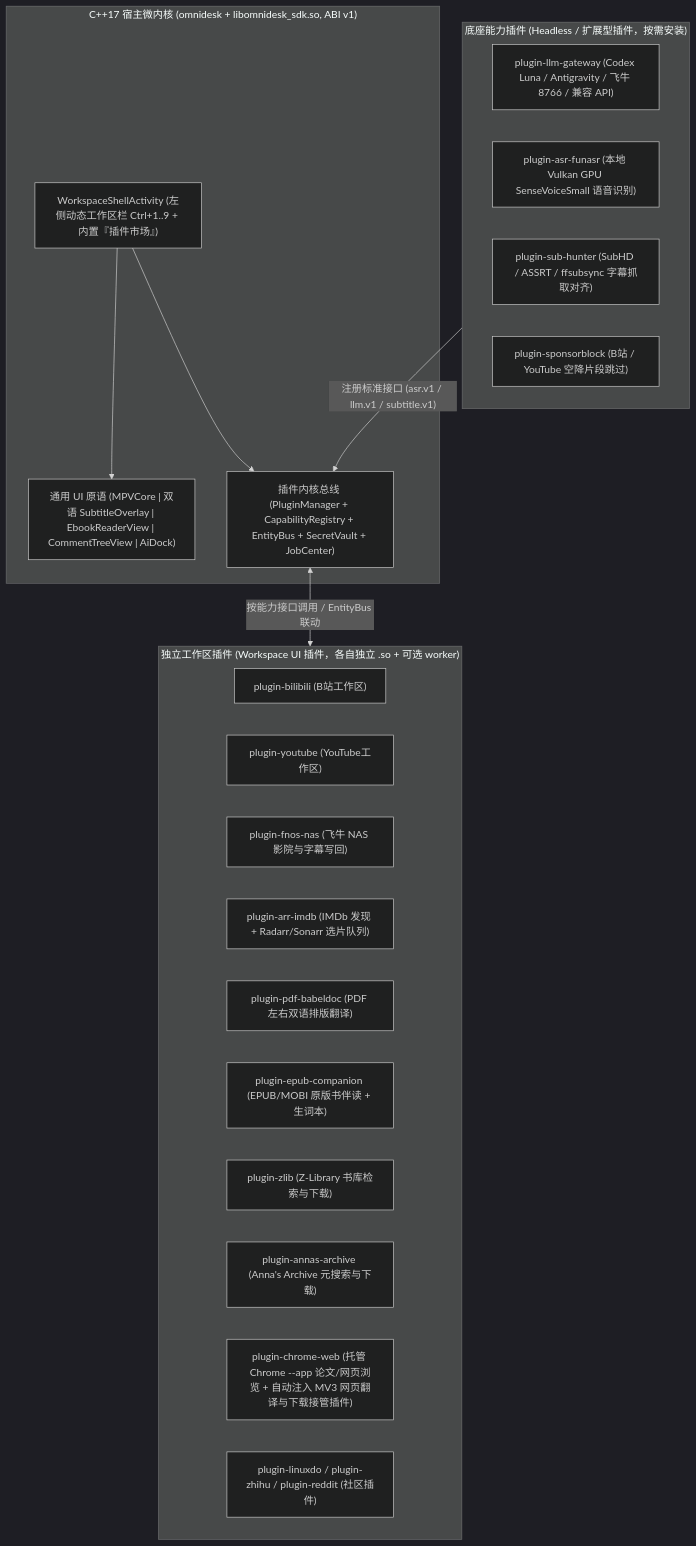
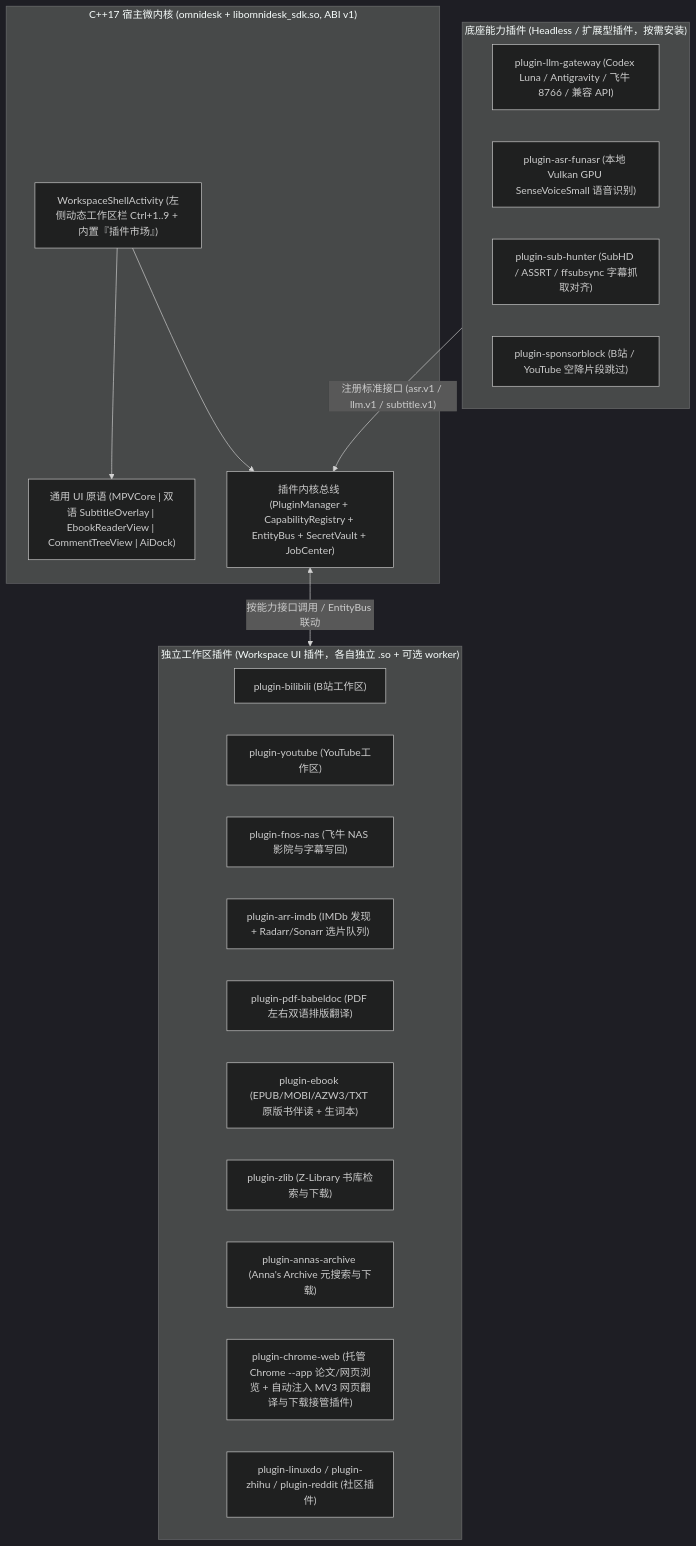
Before and after one commit to ZJFILOVE/omnidesk: the diagram in ARCHITECTURE.md, drawn with Mermaid (dark theme). The commit also changed other lines of this file and 314 other files, not shown here.

````diff
--- a/ARCHITECTURE.md
+++ b/ARCHITECTURE.md
@@ -15,32 +15,32 @@
 ```mermaid
 flowchart TB
     subgraph Microkernel["C++17 宿主微内核 (omnidesk + libomnidesk_sdk.so, ABI v1)"]
         Shell["WorkspaceShellActivity (左侧动态工作区栏 Ctrl+1..9 + 内置『插件市场』)"]
         CoreUI["通用 UI 原语 (MPVCore | 双语 SubtitleOverlay | EbookReaderView | CommentTreeView | AiDock)"]
         Bus["插件内核总线 (PluginManager + CapabilityRegistry + EntityBus + SecretVault + JobCenter)"]
     end
 
     subgraph Providers["底座能力插件 (Headless / 扩展型插件，按需安装)"]
         C_LLM["plugin-llm-gateway (Codex Luna / Antigravity / 飞牛 8766 / 兼容 API)"]
         C_ASR["plugin-asr-funasr (本地 Vulkan GPU SenseVoiceSmall 语音识别)"]
         C_SUB["plugin-sub-hunter (SubHD / ASSRT / ffsubsync 字幕抓取对齐)"]
         C_SB["plugin-sponsorblock (B站 / YouTube 空降片段跳过)"]
     end
 
     subgraph Workspaces["独立工作区插件 (Workspace UI 插件，各自独立 .so + 可选 worker)"]
         W_BILI["plugin-bilibili (B站工作区)"]
         W_YT["plugin-youtube (YouTube工作区)"]
         W_NAS["plugin-fnos-nas (飞牛 NAS 影院与字幕写回)"]
         W_ARR["plugin-arr-imdb (IMDb 发现 + Radarr/Sonarr 选片队列)"]
         W_PDF["plugin-pdf-babeldoc (PDF 左右双语排版翻译)"]
-        W_EPUB["plugin-epub-companion (EPUB/MOBI 原版书伴读 + 生词本)"]
+        W_EBOOK["plugin-ebook (EPUB/MOBI/AZW3/TXT 原版书伴读 + 生词本)"]
         W_ZLIB["plugin-zlib (Z-Library 书库检索与下载)"]
         W_ANNAS["plugin-annas-archive (Anna's Archive 元搜索与下载)"]
         W_CHROME["plugin-chrome-web (托管 Chrome --app 论文/网页浏览 + 自动注入 MV3 网页翻译与下载接管插件)"]
         W_COMM["plugin-linuxdo / plugin-zhihu / plugin-reddit (社区插件)"]
     end
 
     Providers -->|"注册标准接口 (asr.v1 / llm.v1 / subtitle.v1)"| Bus
     Bus <-->|"按能力接口调用 / EntityBus 联动"| Workspaces
     Shell --> CoreUI & Bus
 ```
````
